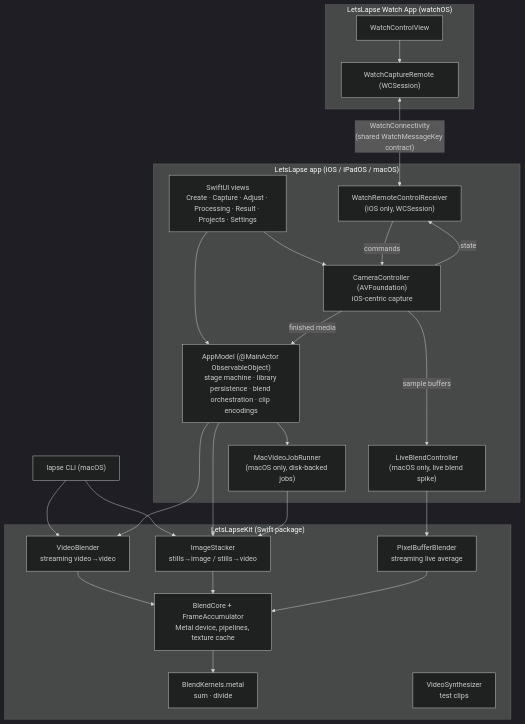
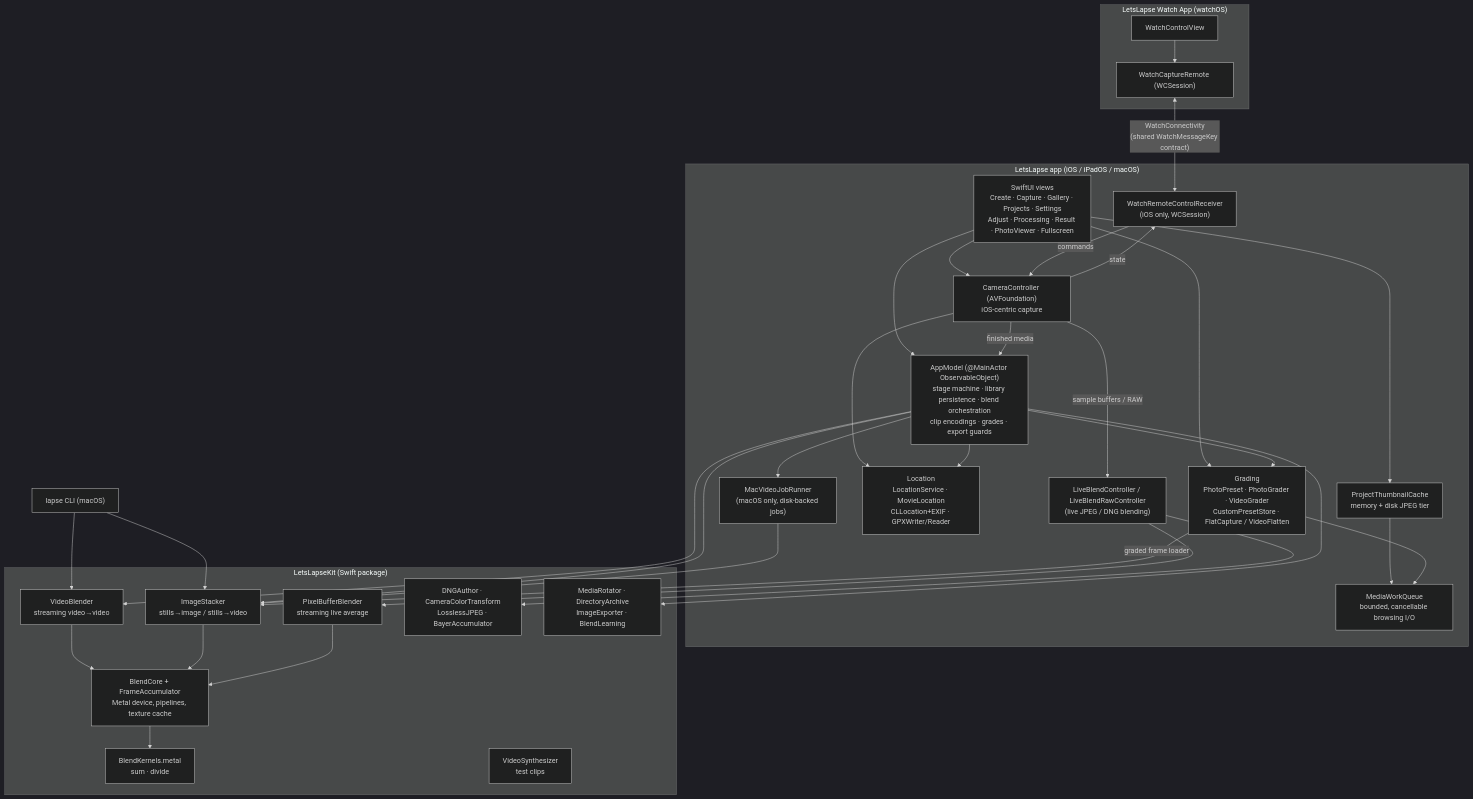
One commit to regularsteven/letslapse changed the first of 3 diagrams in LetsLapse/docs/letslapse-app-overview.md. Above: the diagram before and after it, drawn with Mermaid (dark theme). The commit also changed other lines of this file and 11 other files, not shown here.

````diff
--- a/LetsLapse/docs/letslapse-app-overview.md
+++ b/LetsLapse/docs/letslapse-app-overview.md
@@ -98,43 +109,59 @@
 ```mermaid
 flowchart TB
     subgraph WatchTarget["LetsLapse Watch App (watchOS)"]
         WCV["WatchControlView"] --> WCR["WatchCaptureRemote (WCSession)"]
     end
 
     subgraph AppTarget["LetsLapse app (iOS / iPadOS / macOS)"]
-        UI["SwiftUI views<br/>Create · Capture · Adjust · Processing · Result · Projects · Settings"]
-        AM["AppModel (@MainActor ObservableObject)<br/>stage machine · library persistence · blend orchestration · clip encodings"]
+        UI["SwiftUI views<br/>Create · Capture · Gallery · Projects · Settings<br/>Adjust · Processing · Result · PhotoViewer · Fullscreen"]
+        AM["AppModel (@MainActor ObservableObject)<br/>stage machine · library persistence · blend orchestration<br/>clip encodings · grades · export guards"]
         CC["CameraController (AVFoundation)<br/>iOS-centric capture"]
-        LBC["LiveBlendController<br/>(macOS only, live blend spike)"]
+        LBC["LiveBlendController / LiveBlendRawController<br/>(live JPEG / DNG blending)"]
         WRR["WatchRemoteControlReceiver<br/>(iOS only, WCSession)"]
         MJR["MacVideoJobRunner<br/>(macOS only, disk-backed jobs)"]
+        GRD["Grading<br/>PhotoPreset · PhotoGrader · VideoGrader<br/>CustomPresetStore · FlatCapture / VideoFlatten"]
+        LOC["Location<br/>LocationService · MovieLocation<br/>CLLocation+EXIF · GPXWriter/Reader"]
+        MWQ["MediaWorkQueue<br/>bounded, cancellable browsing I/O"]
+        TC["ProjectThumbnailCache<br/>memory + disk JPEG tier"]
         UI --> AM
         UI --> CC
+        UI --> GRD
+        UI --> TC
         CC -->|finished media| AM
-        CC -->|sample buffers| LBC
+        CC -->|sample buffers / RAW| LBC
+        CC --> LOC
         WRR -->|commands| CC
         CC -->|state| WRR
         AM --> MJR
+        AM --> GRD
+        AM --> LOC
+        TC --> MWQ
+        GRD --> MWQ
     end
 
     subgraph Kit["LetsLapseKit (Swift package)"]
         VB["VideoBlender<br/>streaming video→video"]
         IS["ImageStacker<br/>stills→image / stills→video"]
         BC["BlendCore + FrameAccumulator<br/>Metal device, pipelines, texture cache"]
         MK["BlendKernels.metal<br/>sum · divide"]
         PBB["PixelBufferBlender<br/>streaming live average"]
+        DNG["DNGAuthor · CameraColorTransform<br/>LosslessJPEG · BayerAccumulator"]
+        MR["MediaRotator · DirectoryArchive<br/>ImageExporter · BlendLearning"]
         VS["VideoSynthesizer<br/>test clips"]
         VB --> BC
         IS --> BC
         PBB --> BC
         BC --> MK
     end
 
     CLI["lapse CLI (macOS)"] --> VB
     CLI --> IS
     AM --> VB
     AM --> IS
+    AM --> MR
     MJR --> IS
     LBC --> PBB
+    LBC --> DNG
+    GRD -->|graded frame loader| IS
     WCR <-->|"WatchConnectivity<br/>(shared WatchMessageKey contract)"| WRR
 ```
````
